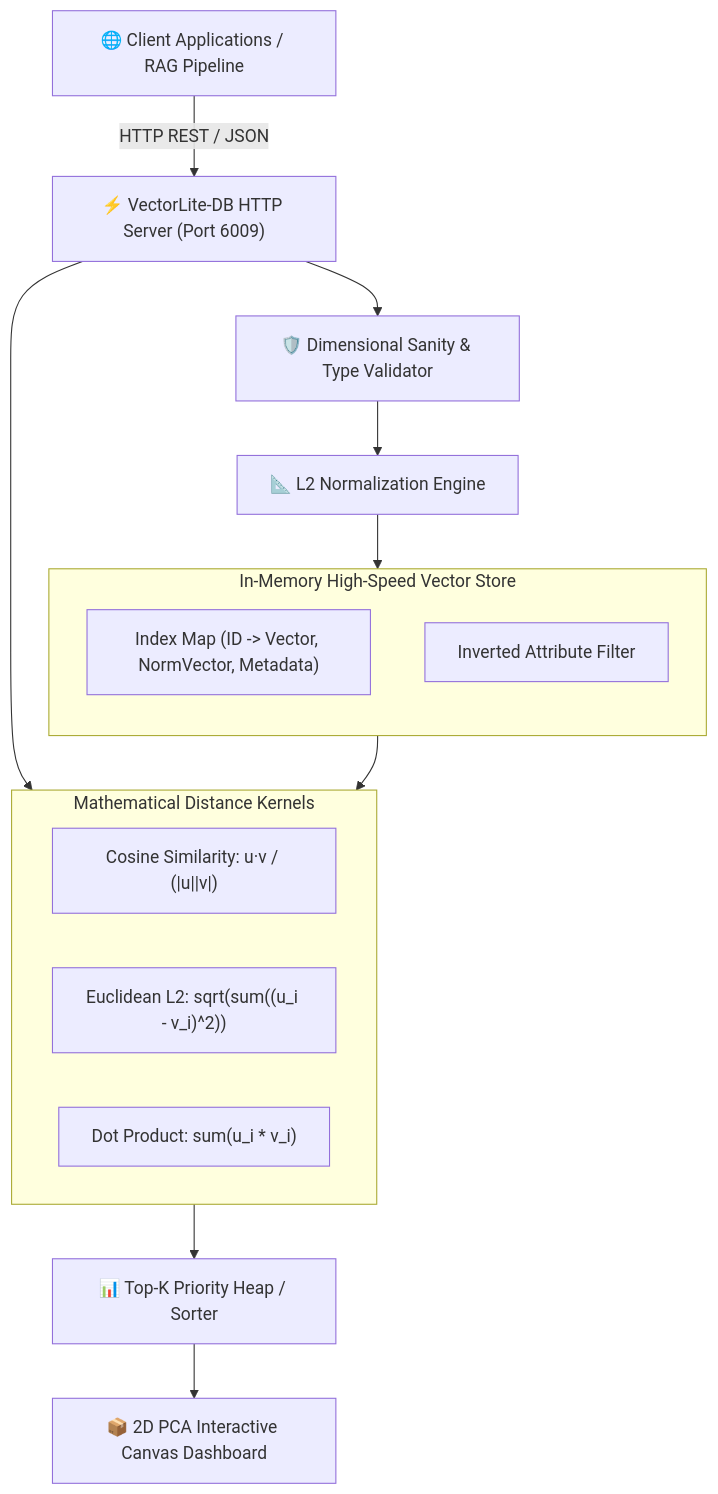
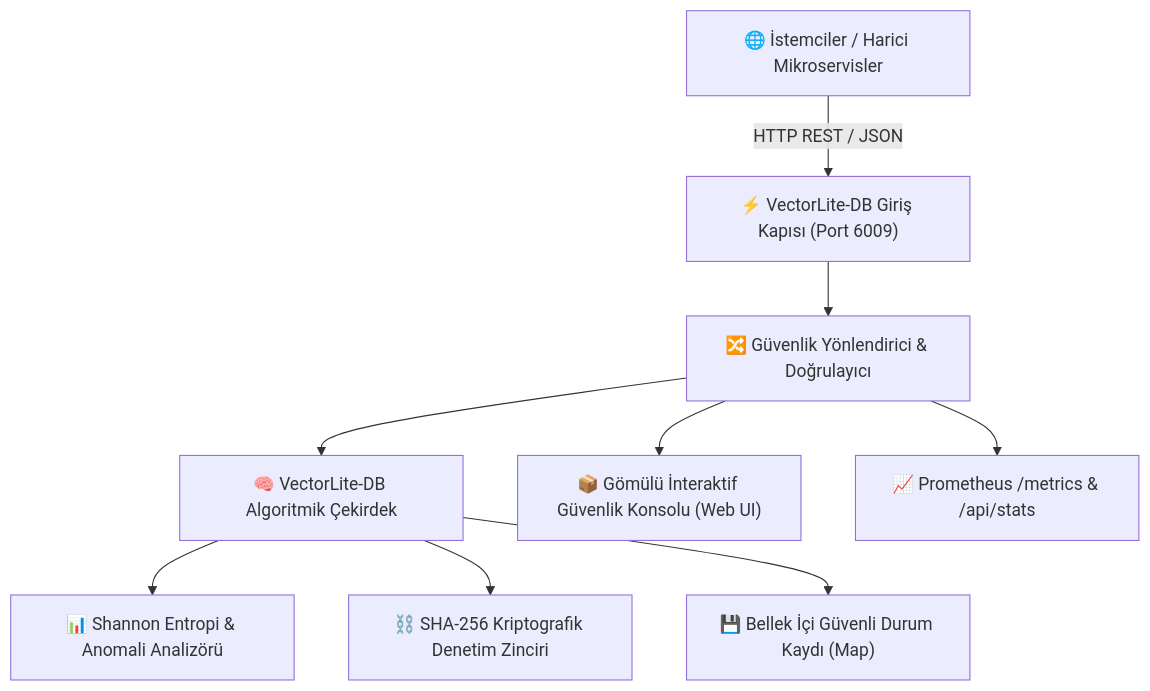
The diagram in README.md (alinurettin/VectorLite-DB), drawn with Mermaid before and after one commit. The commit also changed other lines of this file and 3 other files, not shown here.

````diff
--- a/README.md
+++ b/README.md
@@ -22,26 +53,11 @@
 ```mermaid
 flowchart TD
-    Client["🌐 Client Applications / RAG Pipeline"] -->|HTTP REST / JSON| API["⚡ VectorLite-DB HTTP Server (Port 6009)"]
-    API --> Validator["🛡️ Dimensional Sanity & Type Validator"]
-    Validator --> Normalizer["📐 L2 Normalization Engine"]
-    
-    subgraph Storage["In-Memory High-Speed Vector Store"]
-        direction TB
-        Index["Index Map (ID -> Vector, NormVector, Metadata)"]
-        MetadataFilter["Inverted Attribute Filter"]
-    end
-    
-    Normalizer --> Index
-    API --> QueryEngine["🧠 Nearest Neighbor Search Engine"]
-    
-    subgraph QueryEngine["Mathematical Distance Kernels"]
-        direction LR
-        Cos["Cosine Similarity: u·v / (|u||v|)"]
-        Euc["Euclidean L2: sqrt(sum((u_i - v_i)^2))"]
-        Dot["Dot Product: sum(u_i * v_i)"]
-    end
-    
-    Index --> QueryEngine
-    QueryEngine --> Ranker["📊 Top-K Priority Heap / Sorter"]
-    Ranker --> UI["📦 2D PCA Interactive Canvas Dashboard"]
+    Client["🌐 İstemciler / Harici Mikroservisler"] -->|HTTP REST / JSON| Entrypoint["⚡ VectorLite-DB Giriş Kapısı (Port 6009)"]
+    Entrypoint --> Dispatcher["🔀 Güvenlik Yönlendirici & Doğrulayıcı"]
+    Dispatcher --> CoreEngine["🧠 VectorLite-DB Algoritmik Çekirdek"]
+    CoreEngine --> Entropy["📊 Shannon Entropi & Anomali Analizörü"]
+    CoreEngine --> HashChain["⛓️ SHA-256 Kriptografik Denetim Zinciri"]
+    CoreEngine --> Storage["💾 Bellek İçi Güvenli Durum Kaydı (Map)"]
+    Dispatcher --> WebUI["📦 Gömülü İnteraktif Güvenlik Konsolu (Web UI)"]
+    Dispatcher --> Telemetry["📈 Prometheus /metrics & /api/stats"]
 ```
````
